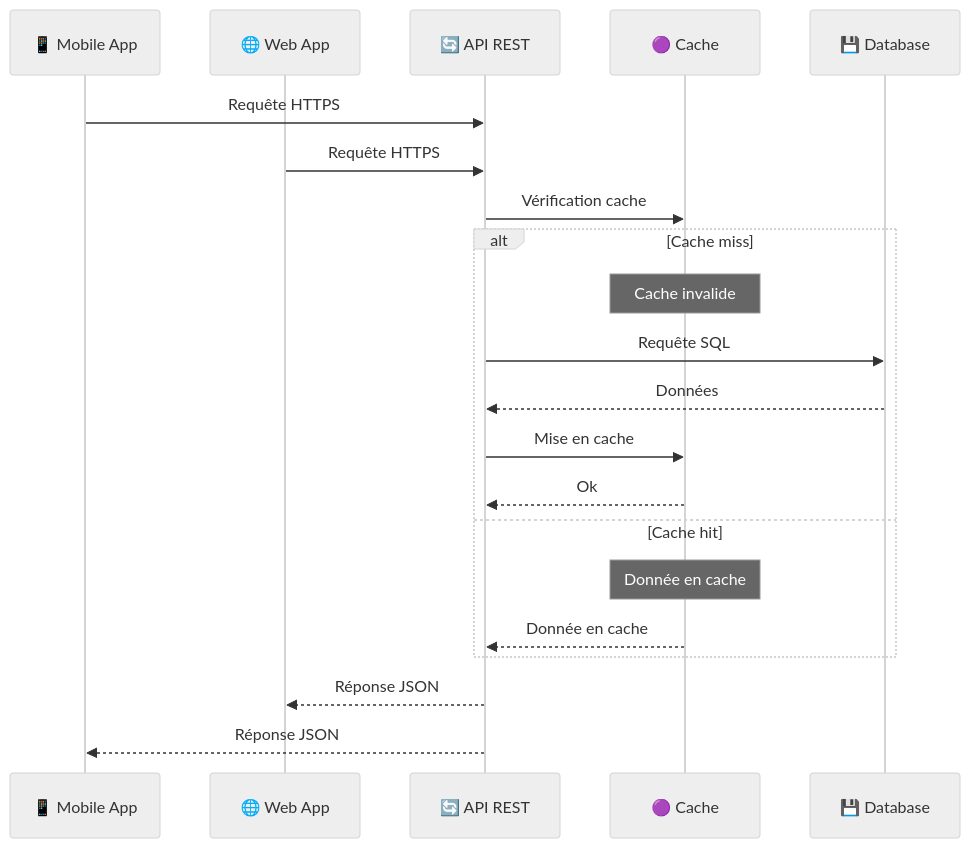
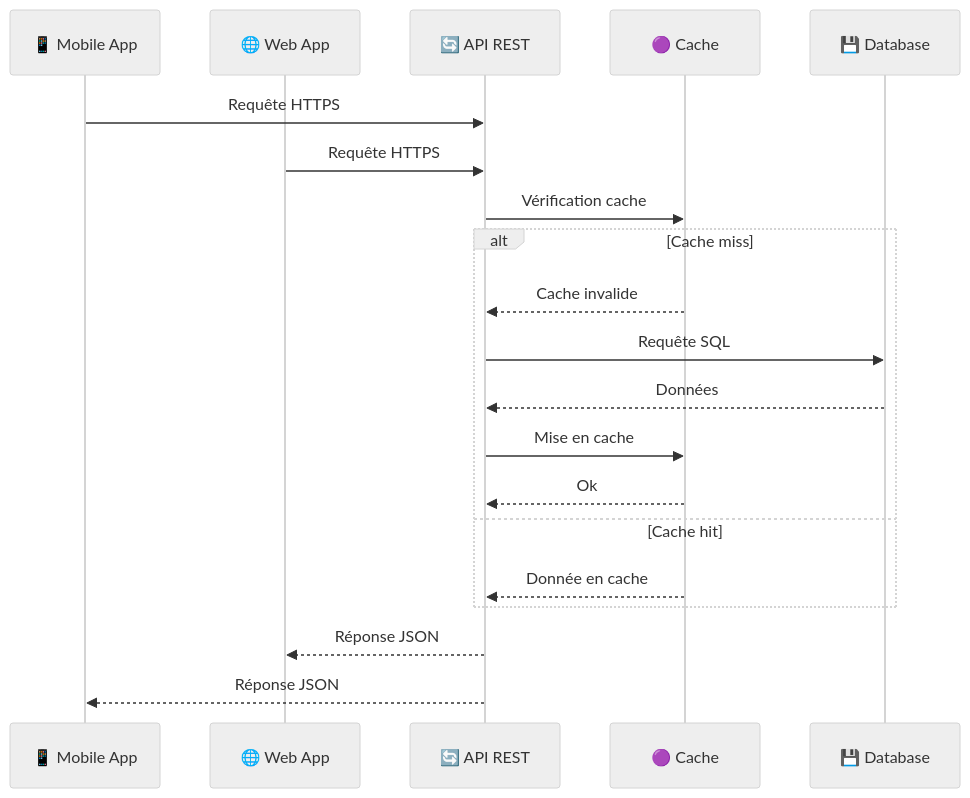
The diagram in src/content/docs/conception/architecture.md (Netsbump/dropit-documentation), drawn with Mermaid (neutral theme) before and after one commit. The commit also changed other lines of this file and 10 other files, not shown here.

````diff
--- a/src/content/docs/conception/architecture.md
+++ b/src/content/docs/conception/architecture.md
@@ -125,27 +125,26 @@
 ```mermaid
 sequenceDiagram
     participant Mobile as 📱 Mobile App
     participant Web as 🌐 Web App
     participant API as 🔄 API REST
     participant Cache as 🟣 Cache
     participant DB as 💾 Database
     
     Mobile->>API: Requête HTTPS
     Web->>API: Requête HTTPS
     
     API->>Cache: Vérification cache
     
     alt Cache miss
-        Note over Cache: Cache invalide
+        Cache-->>API: Cache invalide
         API->>DB: Requête SQL
         DB-->>API: Données
         API->>Cache: Mise en cache
         Cache-->>API: Ok
     else Cache hit
-        Note over Cache: Donnée en cache
         Cache-->>API: Donnée en cache
     end
     
     API-->>Web: Réponse JSON
     API-->>Mobile: Réponse JSON
 ```
````
